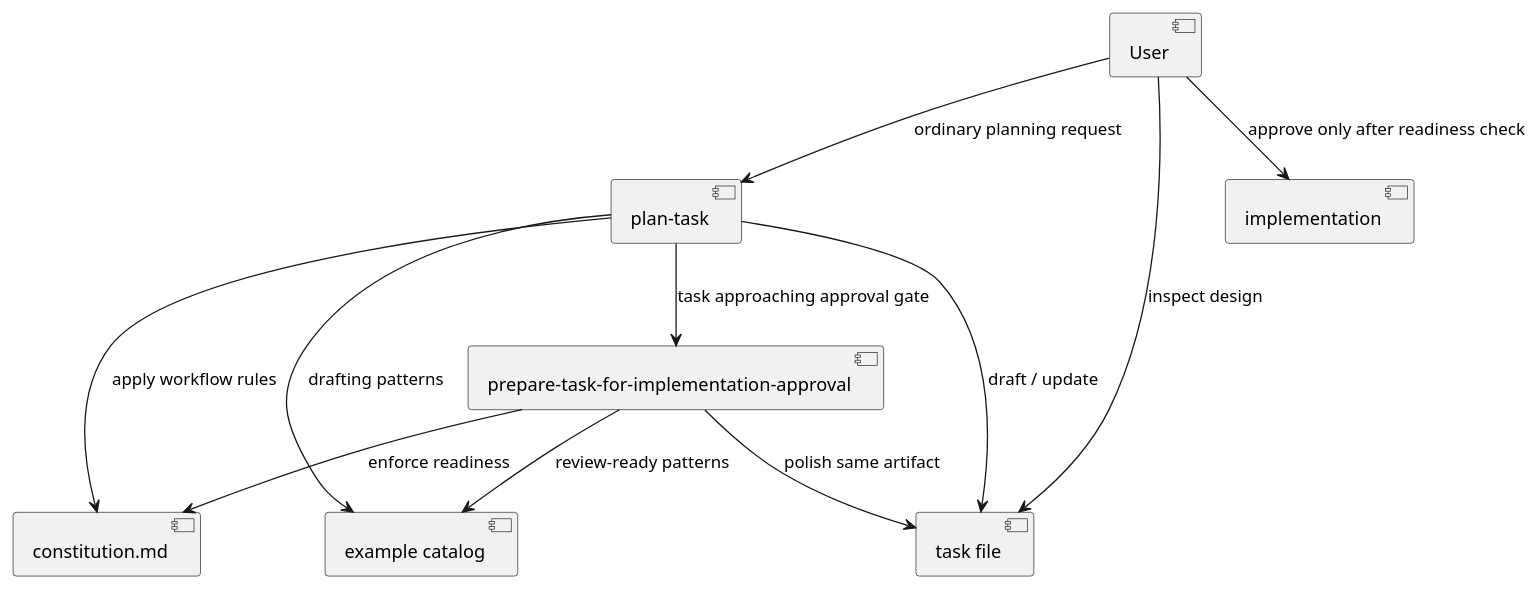
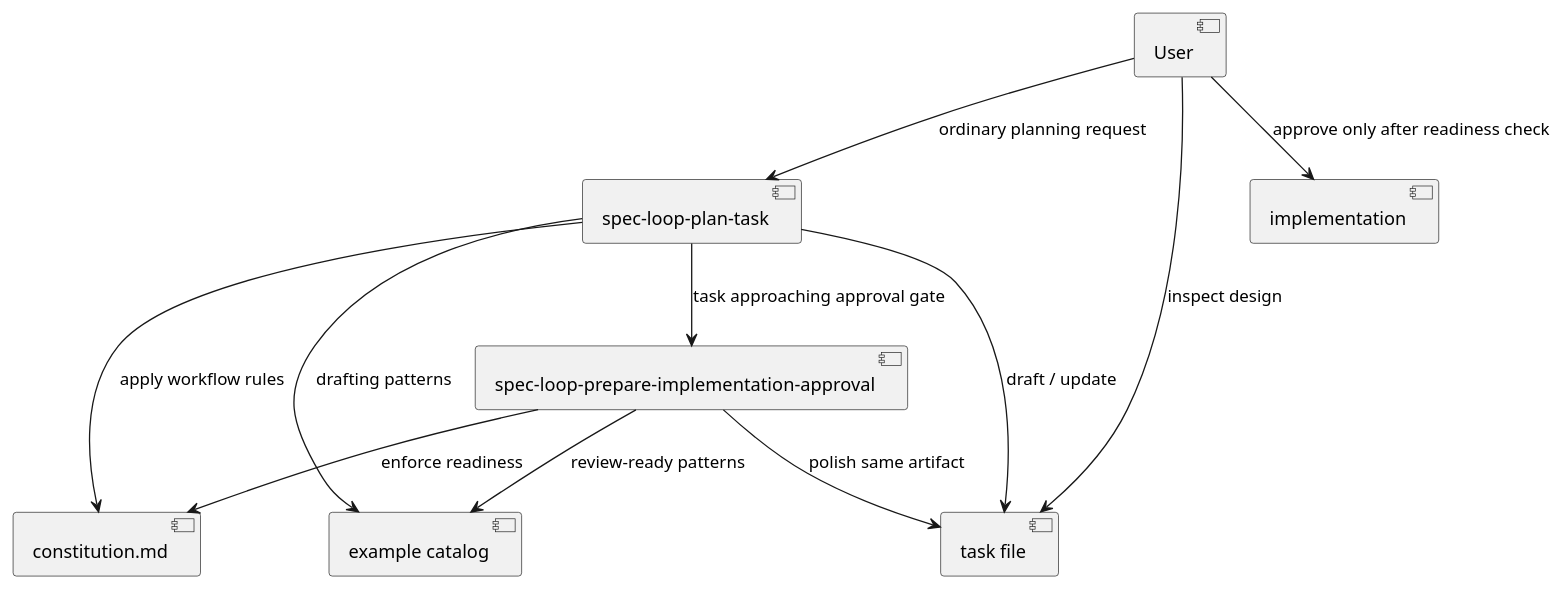
One commit to dpolivaev/spec-loop changed the second of 3 diagrams in tasks/in-progress/separate-task-drafting-from-approval-preparation.md. Above: the diagram before and after it, drawn with PlantUML. The commit also changed other lines of this file and 20 other files, not shown here.

````diff
--- a/tasks/in-progress/separate-task-drafting-from-approval-preparation.md
+++ b/tasks/in-progress/separate-task-drafting-from-approval-preparation.md
@@ -274,22 +274,22 @@
 ```plantuml
 @startuml
 component "User" as user
-component "plan-task" as plan
-component "prepare-task-for-implementation-approval" as prepare
+component "spec-loop-plan-task" as plan
+component "spec-loop-prepare-implementation-approval" as prepare
 component "constitution.md" as constitution
 component "task file" as task
 component "example catalog" as examples
 component "implementation" as implementation
 
 user --> plan : ordinary planning request
 plan --> constitution : apply workflow rules
 plan --> task : draft / update
 plan --> examples : drafting patterns
 plan --> prepare : task approaching approval gate
 prepare --> constitution : enforce readiness
 prepare --> task : polish same artifact
 prepare --> examples : review-ready patterns
 user --> task : inspect design
 user --> implementation : approve only after readiness check
 @enduml
 ```
````
